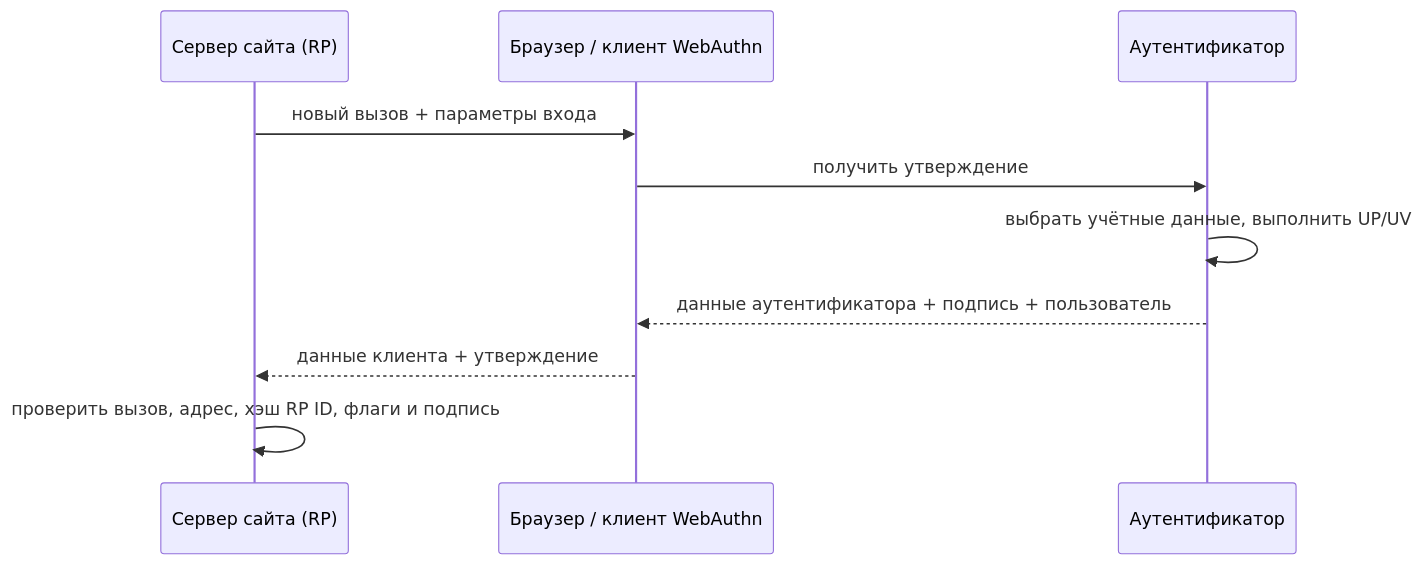
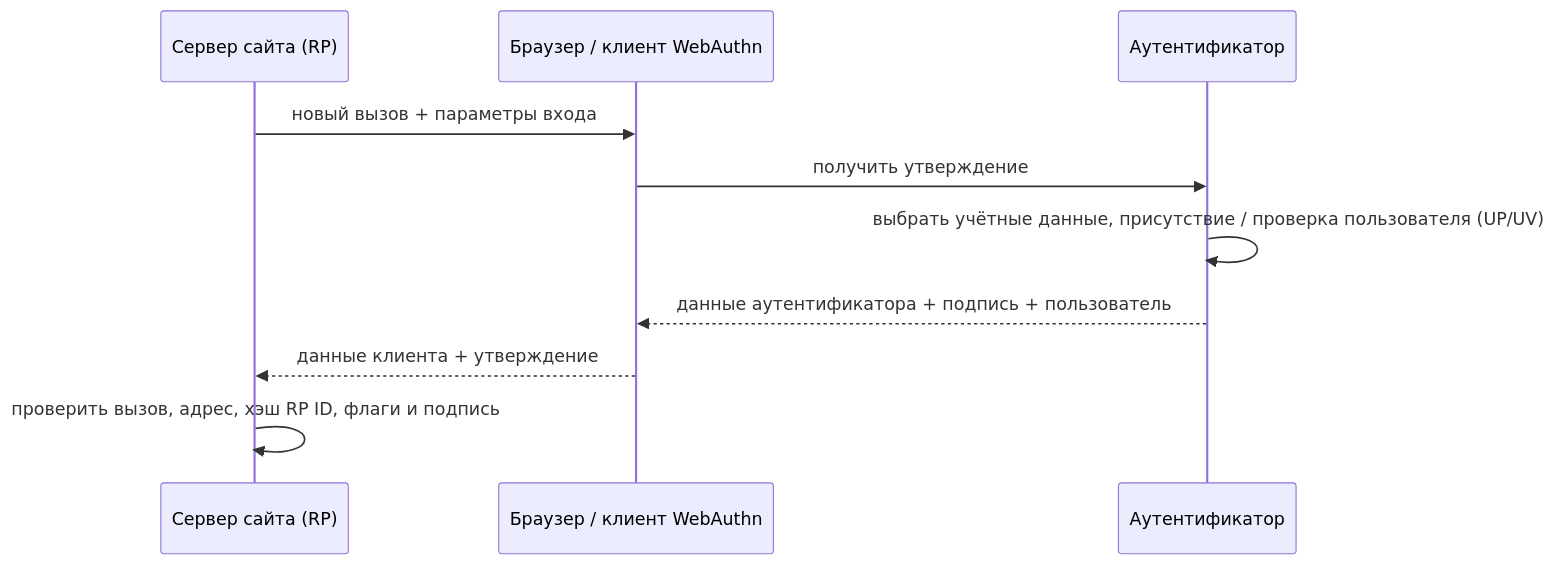
The third of 3 diagrams in FIDO/webauthn.md (zapret-discordyoutube/todo), drawn with Mermaid before and after one commit. The commit also changed other lines of this file and 8 other files, not shown here.

````diff
--- a/FIDO/webauthn.md
+++ b/FIDO/webauthn.md
@@ -125,12 +82,12 @@
 ```mermaid
 sequenceDiagram
     participant S as Сервер сайта (RP)
     participant B as Браузер / клиент WebAuthn
     participant A as Аутентификатор
     S->>B: новый вызов + параметры входа
     B->>A: получить утверждение
-    A->>A: выбрать учётные данные, выполнить UP/UV
+    A->>A: выбрать учётные данные, присутствие / проверка пользователя (UP/UV)
     A-->>B: данные аутентификатора + подпись + пользователь
     B-->>S: данные клиента + утверждение
     S->>S: проверить вызов, адрес, хэш RP ID, флаги и подпись
 ```
````
